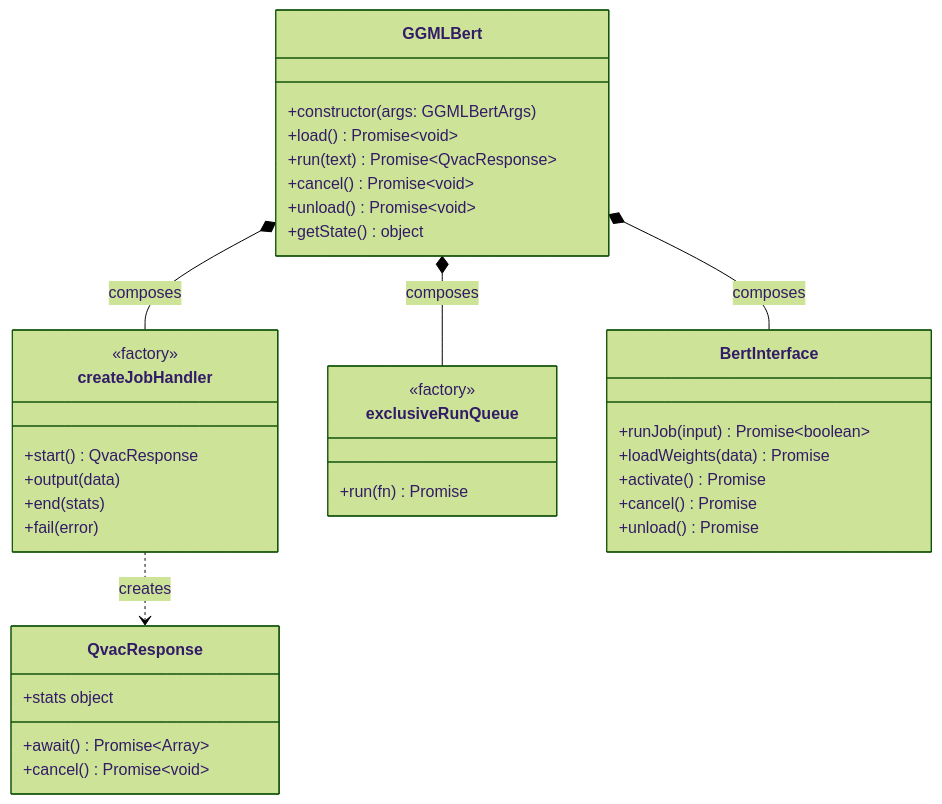
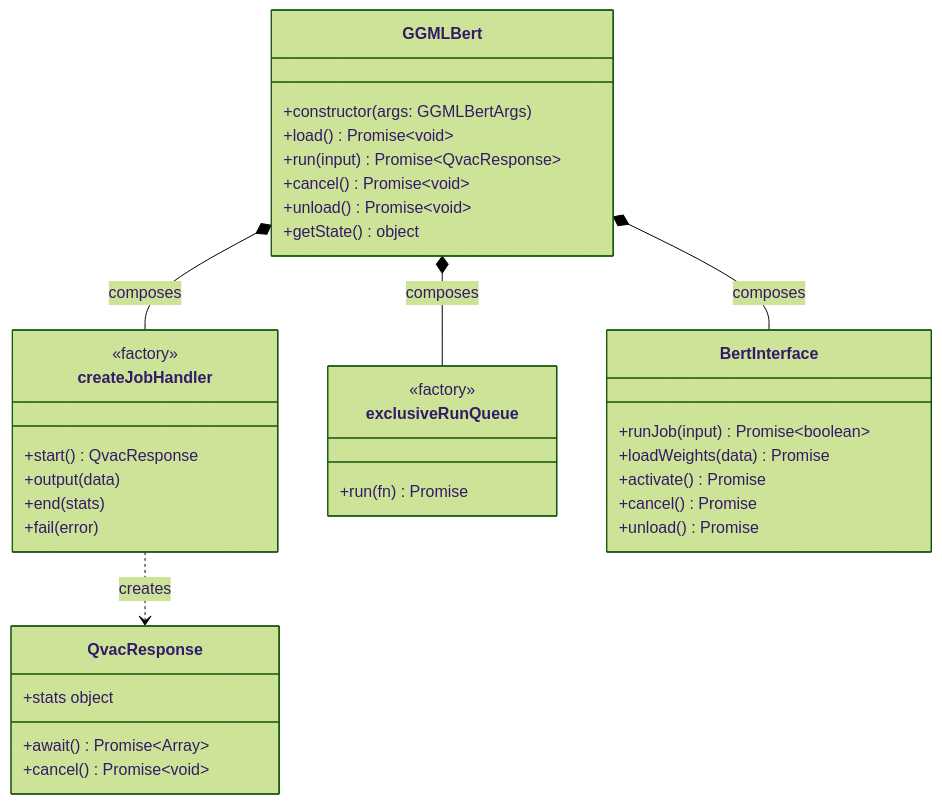
The second of 4 diagrams in packages/embed-llamacpp/docs/architecture.md (Alok-Ranjan23/qvac-contrib), drawn with Mermaid (forest theme) before and after one commit. The commit also changed other lines of this file and 19 other files, not shown here.

````diff
--- a/packages/embed-llamacpp/docs/architecture.md
+++ b/packages/embed-llamacpp/docs/architecture.md
@@ -165,43 +166,43 @@
 ```mermaid
 classDiagram
     class GGMLBert {
         +constructor(args: GGMLBertArgs)
         +load() Promise~void~
-        +run(text) Promise~QvacResponse~
+        +run(input) Promise~QvacResponse~
         +cancel() Promise~void~
         +unload() Promise~void~
         +getState() object
     }
 
     class createJobHandler {
         <<factory>>
         +start() QvacResponse
         +output(data)
         +end(stats)
         +fail(error)
     }
 
     class exclusiveRunQueue {
         <<factory>>
         +run(fn) Promise
     }
 
     class QvacResponse {
         +await() Promise~Array~
         +cancel() Promise~void~
         +stats object
     }
 
     class BertInterface {
         +runJob(input) Promise~boolean~
         +loadWeights(data) Promise
         +activate() Promise
         +cancel() Promise
         +unload() Promise
     }
 
     GGMLBert *-- createJobHandler : composes
     GGMLBert *-- exclusiveRunQueue : composes
     GGMLBert *-- BertInterface : composes
     createJobHandler ..> QvacResponse : creates
 ```
````
